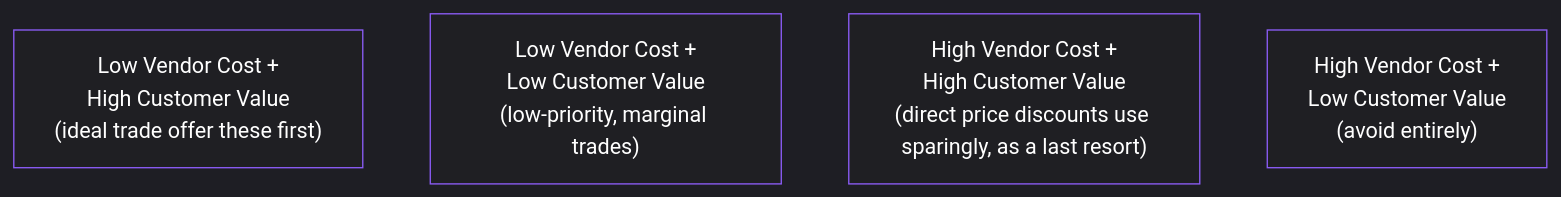
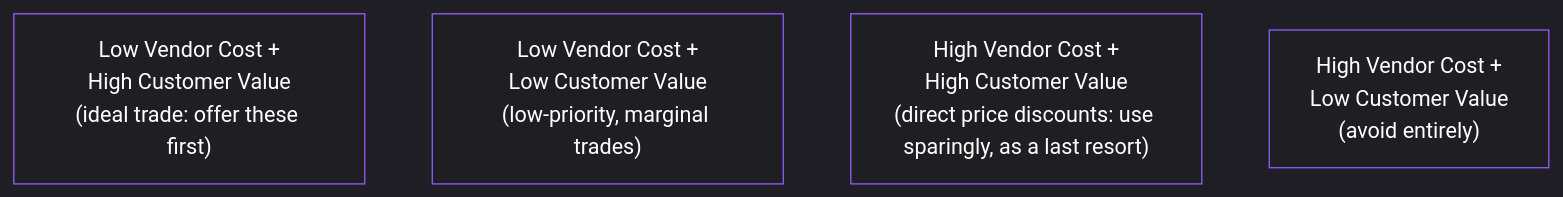
The diagram in content/lessons/lesson-079.md (pmacademy-app/web), drawn with Mermaid before and after one commit. The commit also changed other lines of this file and 275 other files, not shown here.

````diff
--- a/content/lessons/lesson-079.md
+++ b/content/lessons/lesson-079.md
@@ -55,37 +55,37 @@
 ```mermaid
 %%{init: {
   "theme": "dark",
   "themeVariables": {
     "background": "#0b0b0c",
     "primaryColor": "#1f1f23",
     "primaryTextColor": "#ffffff",
     "primaryBorderColor": "#8b5cf6",
     "lineColor": "#d1d5db",
     "secondaryColor": "#18181b",
     "tertiaryColor": "#111111",
     "mainBkg": "#1f1f23",
     "nodeBorder": "#8b5cf6",
     "clusterBkg": "#000000",
     "clusterBorder": "#27272a",
     "titleColor": "#ffffff",
     "edgeLabelBackground": "#0b0b0c",
     "nodeTextColor": "#ffffff",
     "edgeLabelColor": "#ffffff",
     "actorBorder": "#8b5cf6",
     "actorBkg": "#1f1f23",
     "actorTextColor": "#ffffff",
     "sequenceNumberColor": "#ffffff",
     "signalColor": "#8b5cf6",
     "signalTextColor": "#ffffff",
     "textColor": "#ffffff",
     "classText": "#ffffff",
     "classBorder": "#8b5cf6",
     "classBkg": "#1f1f23"
   }
 }}%%
 graph TD
-    A["Low Vendor Cost +<br/>High Customer Value<br/>(ideal trade offer these first)"]
+    A["Low Vendor Cost +<br/>High Customer Value<br/>(ideal trade: offer these first)"]
     B["Low Vendor Cost +<br/>Low Customer Value<br/>(low-priority, marginal trades)"]
-    C["High Vendor Cost +<br/>High Customer Value<br/>(direct price discounts use sparingly, as a last resort)"]
+    C["High Vendor Cost +<br/>High Customer Value<br/>(direct price discounts: use sparingly, as a last resort)"]
     D["High Vendor Cost +<br/>Low Customer Value<br/>(avoid entirely)"]
 ```
````
